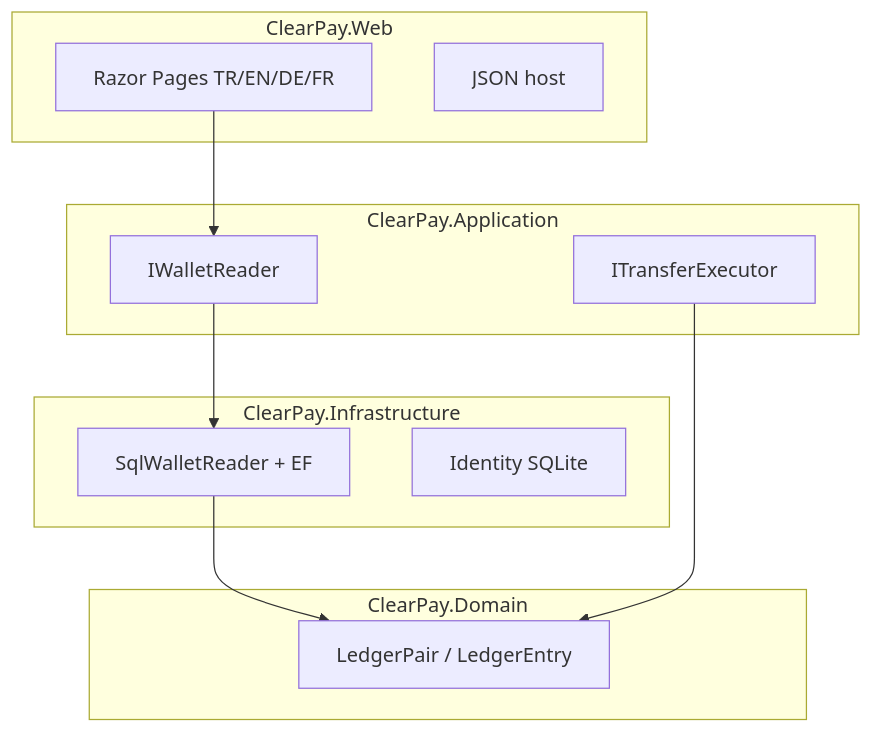
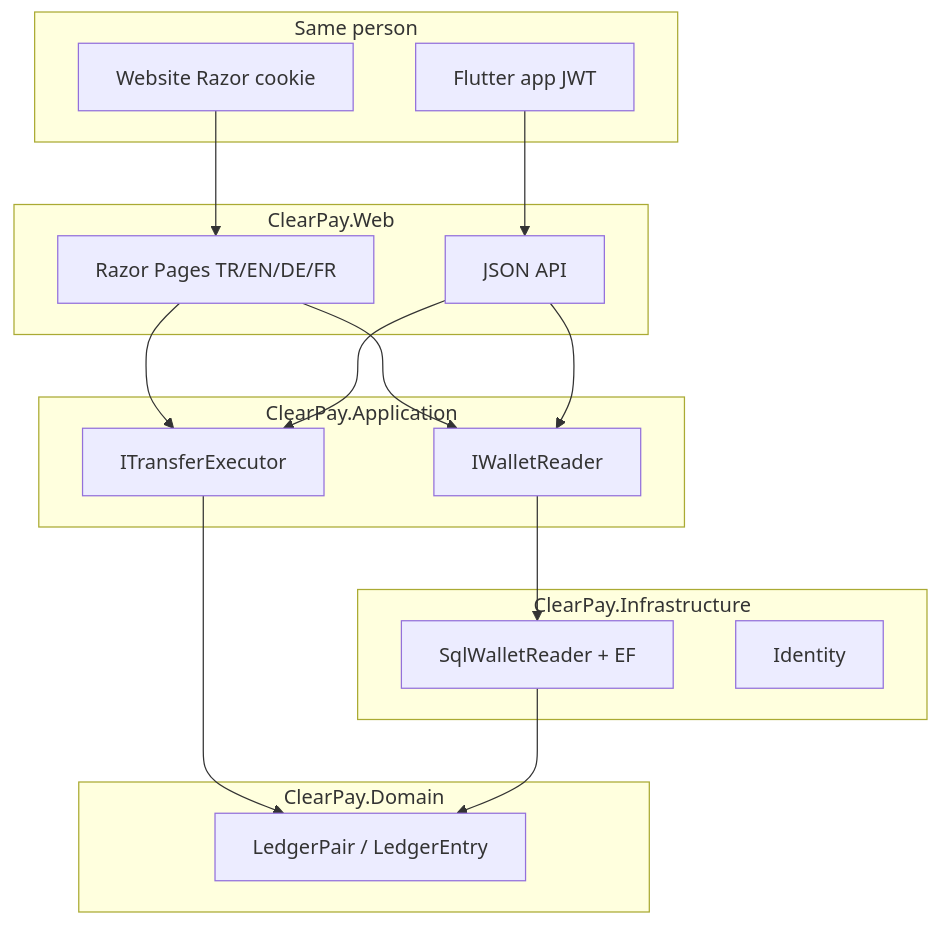
Before and after one commit to HalilMertDeveli/clearpay: the first of 2 diagrams in README.de.md, drawn with Mermaid. The commit also changed other lines of this file and 3 other files, not shown here.

First line of the commit message:
Lead the GitHub README with the shipped Flutter mobile app.

````diff
--- a/README.de.md
+++ b/README.de.md
@@ -34,22 +40,31 @@
 ```mermaid
 flowchart TB
+  subgraph clients [Same person]
+    razor[Website Razor cookie]
+    flutter[Flutter app JWT]
+  end
   subgraph web [ClearPay.Web]
-    razor[Razor Pages TR/EN/DE/FR]
-    api[JSON host]
+    pages[Razor Pages TR/EN/DE/FR]
+    api[JSON API]
   end
   subgraph app [ClearPay.Application]
     reader[IWalletReader]
     exec[ITransferExecutor]
   end
   subgraph infra [ClearPay.Infrastructure]
     sql[SqlWalletReader + EF]
-    id[Identity SQLite]
+    id[Identity]
   end
   subgraph domain [ClearPay.Domain]
     pair[LedgerPair / LedgerEntry]
   end
-  razor --> reader
+  razor --> pages
+  flutter --> api
+  pages --> reader
+  pages --> exec
+  api --> reader
+  api --> exec
   reader --> sql
+  exec --> pair
   sql --> pair
-  exec --> pair
 ```
````
